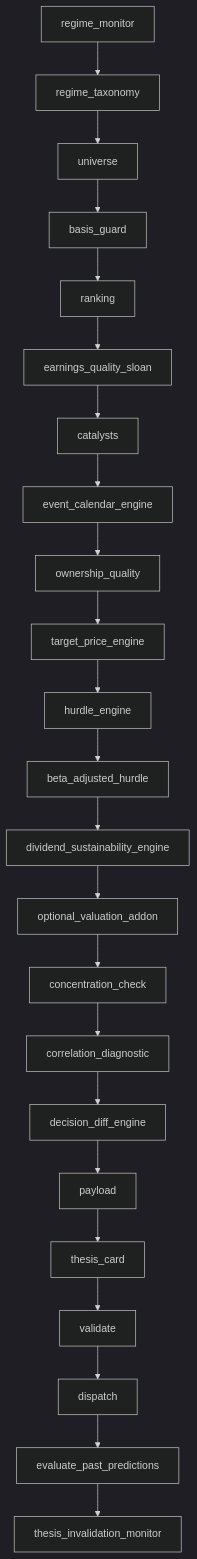
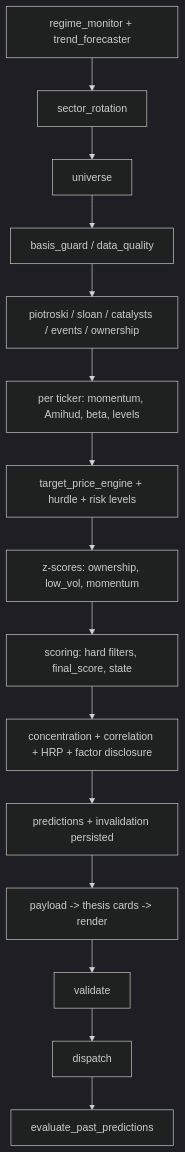
Before and after one commit to erenkbgc/bist-screener-v9: the third of 3 diagrams in README.md, drawn with Mermaid (dark theme). The commit also changed other lines of this file and 2 other files, not shown here.

````diff
--- a/README.md
+++ b/README.md
@@ -443,25 +378,17 @@
 ```mermaid
 flowchart TD
-    A[regime_monitor] --> B[regime_taxonomy]
+    A[regime_monitor + trend_forecaster] --> B[sector_rotation]
     B --> C[universe]
-    C --> D[basis_guard]
-    D --> E[ranking]
-    E --> F[earnings_quality_sloan]
-    F --> G[catalysts]
-    G --> H[event_calendar_engine]
-    H --> I[ownership_quality]
-    I --> J[target_price_engine]
-    J --> K[hurdle_engine]
-    K --> L[beta_adjusted_hurdle]
-    L --> M[dividend_sustainability_engine]
-    M --> N[optional_valuation_addon]
-    N --> O[concentration_check]
-    O --> P[correlation_diagnostic]
-    P --> Q[decision_diff_engine]
-    Q --> R[payload]
-    R --> S[thesis_card]
-    S --> T[validate]
-    T --> U[dispatch]
-    U --> V[evaluate_past_predictions]
-    V --> W[thesis_invalidation_monitor]
+    C --> D[basis_guard / data_quality]
+    D --> E[piotroski / sloan / catalysts / events / ownership]
+    E --> F[per ticker: momentum, Amihud, beta, levels]
+    F --> G[target_price_engine + hurdle + risk levels]
+    G --> H[z-scores: ownership, low_vol, momentum]
+    H --> I[scoring: hard filters, final_score, state]
+    I --> J[concentration + correlation + HRP + factor disclosure]
+    J --> K[predictions + invalidation persisted]
+    K --> L[payload -> thesis cards -> render]
+    L --> M[validate]
+    M --> N[dispatch]
+    N --> O[evaluate_past_predictions]
 ```
````
